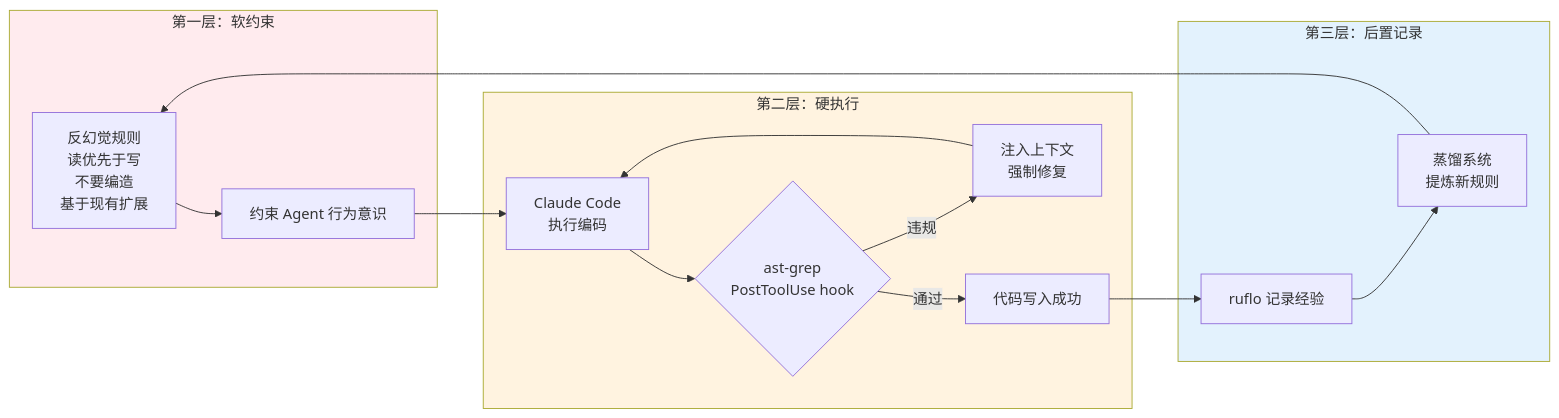
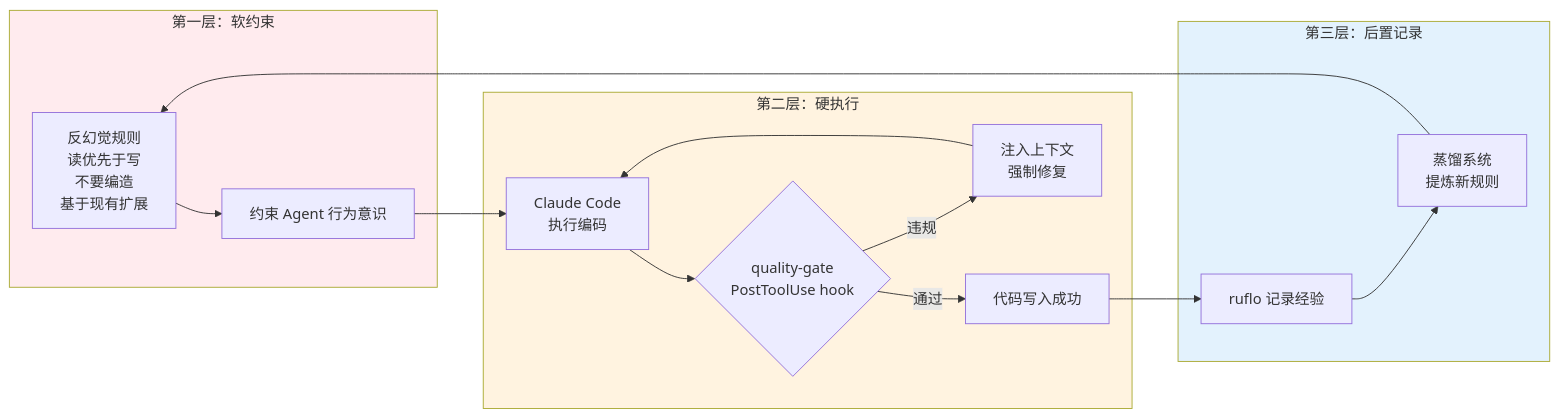
The third of 4 diagrams in diagrams/workflow.md (yaofuhong0311/ai-coding-workflow), drawn with Mermaid before and after one commit. The commit also changed other lines of this file, not shown here.

First line of the commit message:
fix(diagrams): replace ast-grep with quality-gate, fix mermaid syntax error

````diff
--- a/diagrams/workflow.md
+++ b/diagrams/workflow.md
@@ -66,24 +66,24 @@
 ```mermaid
 flowchart LR
     subgraph Layer1["第一层：软约束"]
         A[反幻觉规则<br/>读优先于写<br/>不要编造<br/>基于现有扩展] --> B[约束 Agent 行为意识]
     end
 
     subgraph Layer2["第二层：硬执行"]
         B --> C[Claude Code<br/>执行编码]
-        C --> D{ast-grep<br/>PostToolUse hook}
+        C --> D{quality-gate<br/>PostToolUse hook}
         D -->|违规| E[注入上下文<br/>强制修复]
         E --> C
         D -->|通过| F[代码写入成功]
     end
 
     subgraph Layer3["第三层：后置记录"]
         F --> G[ruflo 记录经验]
         G --> H[蒸馏系统<br/>提炼新规则]
         H --> A
     end
 
     style Layer1 fill:#ffebee
     style Layer2 fill:#fff3e0
     style Layer3 fill:#e3f2fd
 ```
````
